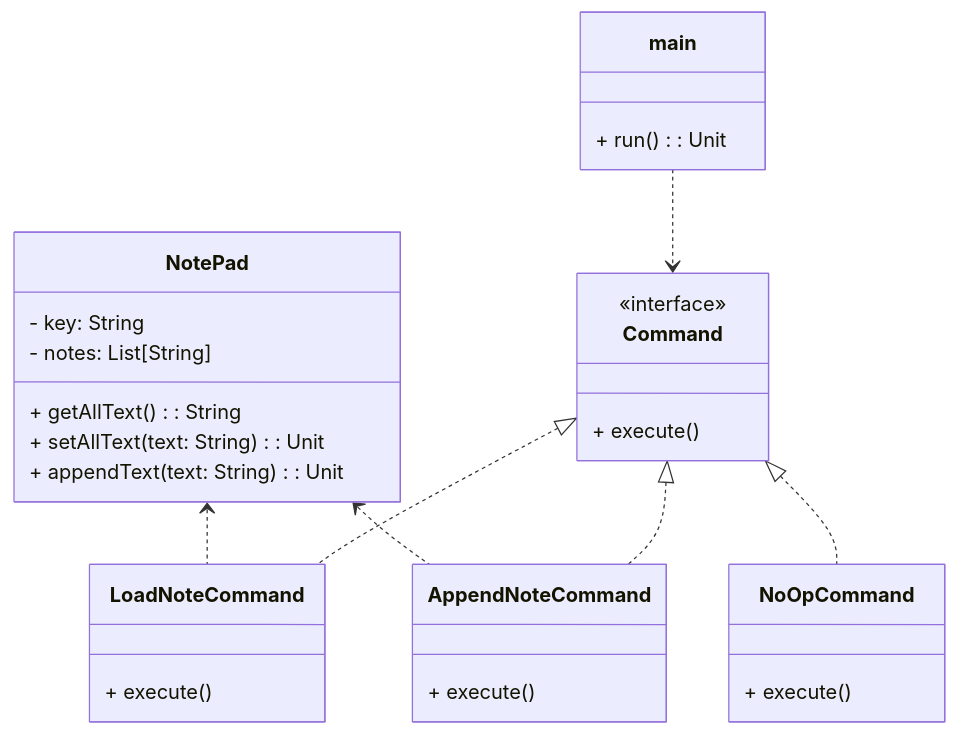
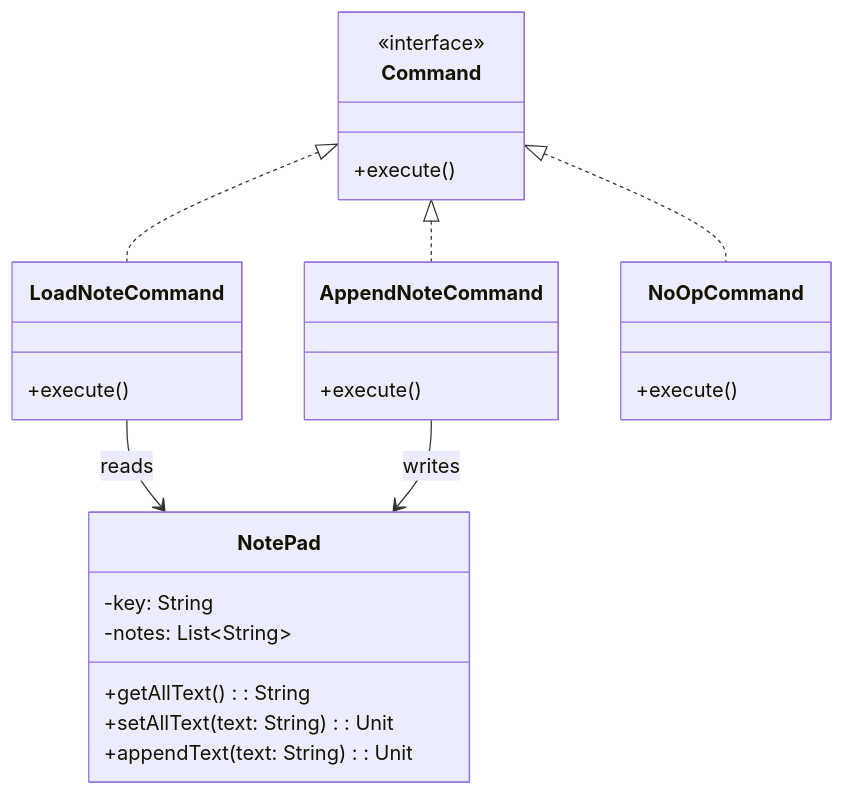
One commit to rbleggi/tech-pocs changed the diagram in kotlin/dont-pad/README.md. Above: the diagram before and after it, drawn with Mermaid. The commit also changed other lines of this file and 1 other file, not shown here.

Commit message:
refactor kotlin dont-pad implementation

````diff
--- a/kotlin/dont-pad/README.md
+++ b/kotlin/dont-pad/README.md
@@ -19,33 +20,35 @@
 ```mermaid
 classDiagram
     direction TB
+
     class NotePad {
-        - key: String
-        - notes: List[String]
-        + getAllText(): String
-        + setAllText(text: String): Unit
-        + appendText(text: String): Unit
+        -key: String
+        -notes: List~String~
+        +getAllText(): String
+        +setAllText(text: String): Unit
+        +appendText(text: String): Unit
     }
+
     class Command {
         <<interface>>
-        + execute()
+        +execute()
     }
+
     class LoadNoteCommand {
-        + execute()
+        +execute()
     }
+
     class AppendNoteCommand {
-        + execute()
+        +execute()
     }
+
     class NoOpCommand {
-        + execute()
+        +execute()
     }
-    NotePad <.. LoadNoteCommand
-    NotePad <.. AppendNoteCommand
+
     Command <|.. LoadNoteCommand
     Command <|.. AppendNoteCommand
     Command <|.. NoOpCommand
-    class main {
-        + run(): Unit
-    }
-    main ..> Command
+    LoadNoteCommand --> NotePad: reads
+    AppendNoteCommand --> NotePad: writes
 ```
````
